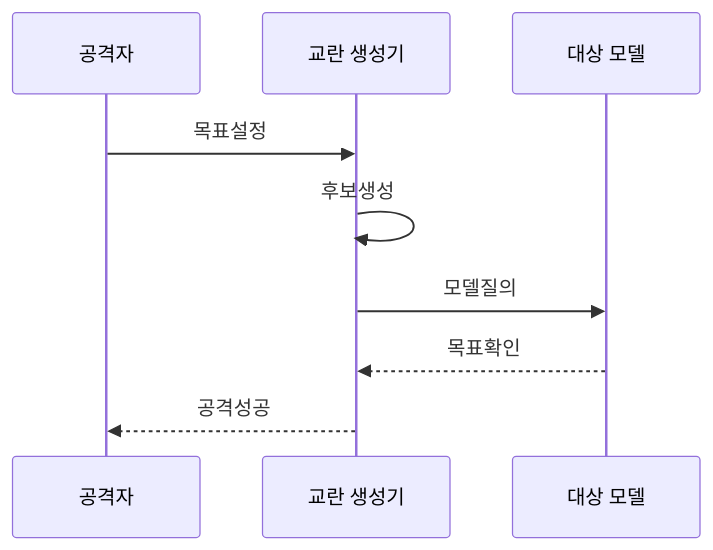
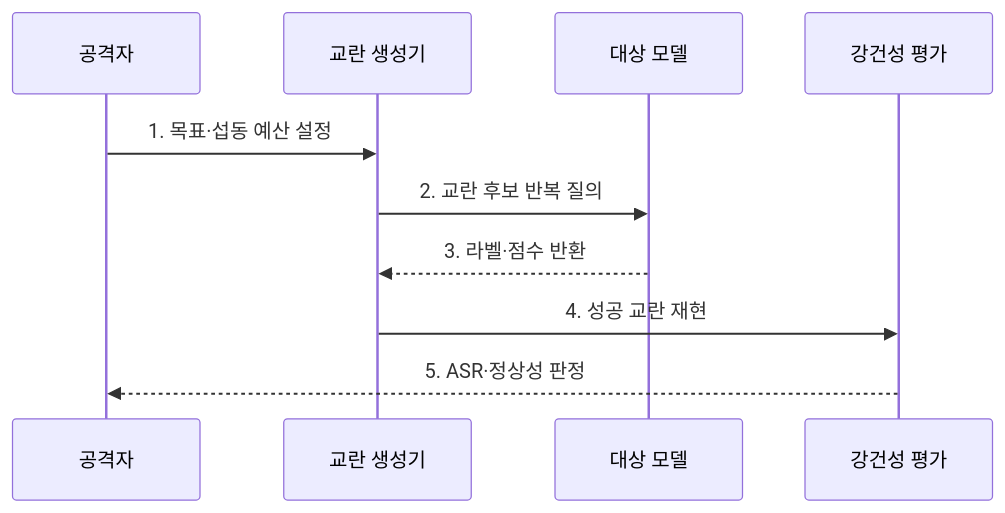
One commit to agnusdei1207/knowledge-base changed the second of 2 diagrams in src/content/docs/notes/05-security/086_adversarial_example.md. Above: the diagram before and after it, drawn with Mermaid. The commit also changed other lines of this file and 6 other files, not shown here.

````diff
--- a/src/content/docs/notes/05-security/086_adversarial_example.md
+++ b/src/content/docs/notes/05-security/086_adversarial_example.md
@@ -81,11 +80,12 @@
 ```mermaid
 sequenceDiagram
     participant A as 공격자
     participant G as 교란 생성기
     participant M as 대상 모델
-    A->>G: 목표설정
-    G->>G: 후보생성
-    G->>M: 모델질의
-    M-->>G: 목표확인
-    G-->>A: 공격성공
+    participant E as 강건성 평가
+    A->>G: 1. 목표·섭동 예산 설정
+    G->>M: 2. 교란 후보 반복 질의
+    M-->>G: 3. 라벨·점수 반환
+    G->>E: 4. 성공 교란 재현
+    E-->>A: 5. ASR·정상성 판정
 ```
````
